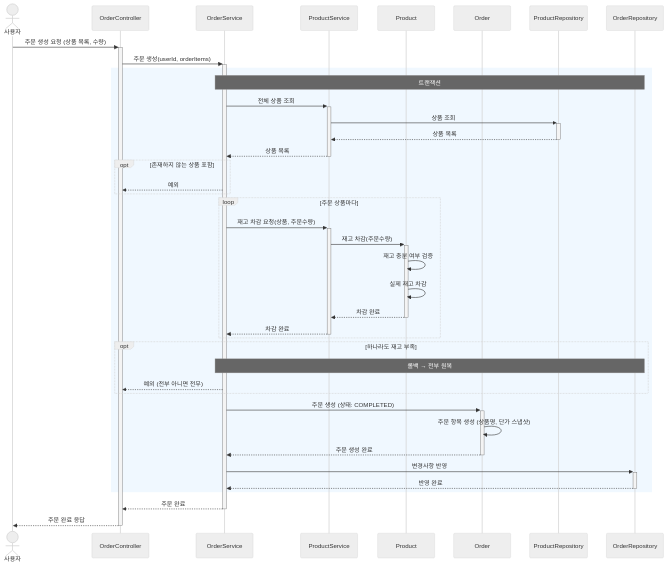
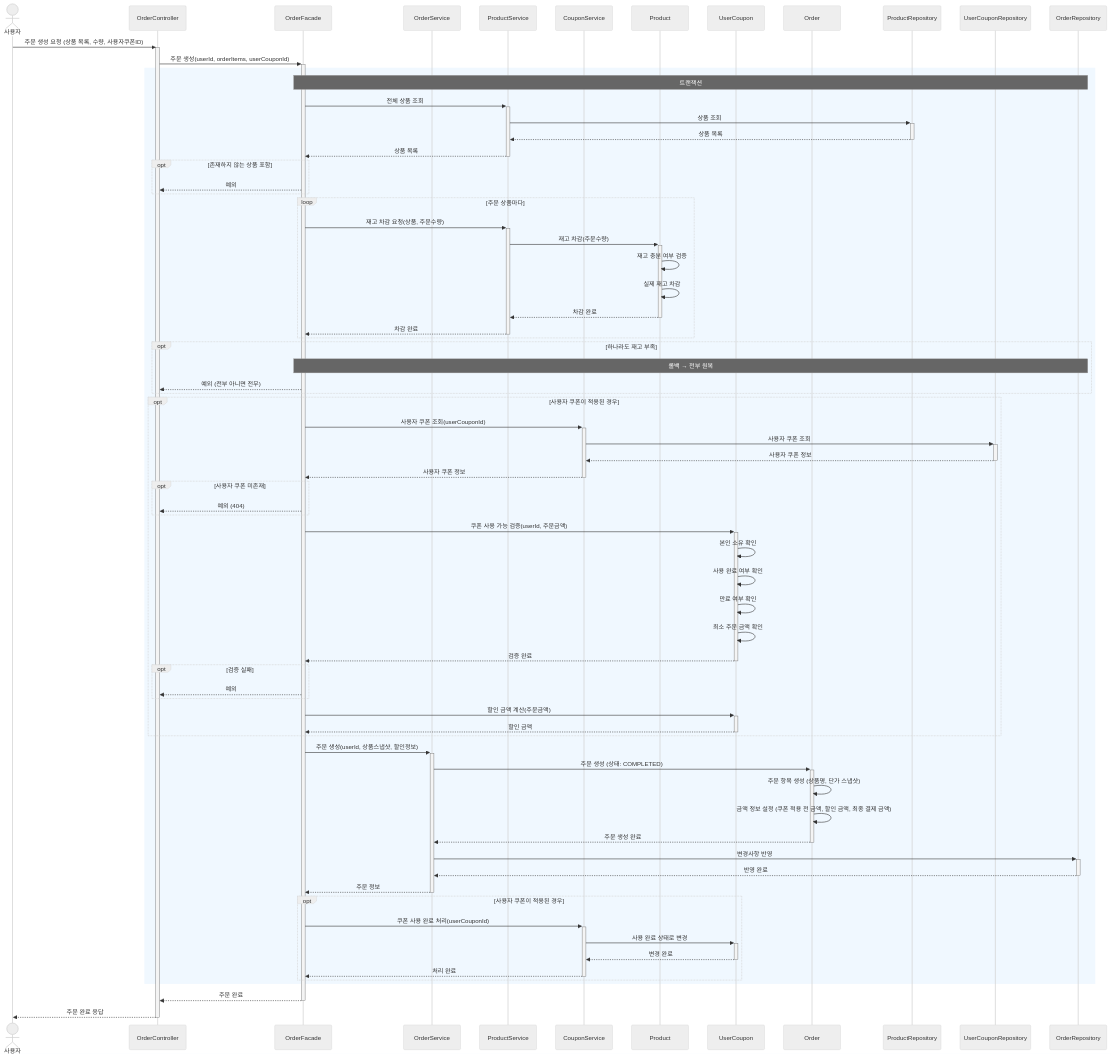
One commit to kimjunyoung90/loop-pack-be-l2-vol3-java changed diagram 18 of 31 in docs/design/02-sequence-diagrams.md. Above: the diagram before and after it, drawn with Mermaid (neutral theme). The commit also changed other lines of this file and 3 other files, not shown here.

````diff
--- a/docs/design/02-sequence-diagrams.md
+++ b/docs/design/02-sequence-diagrams.md
@@ -588,48 +588,87 @@
 sequenceDiagram
     actor User as 사용자
     participant OC as OrderController
+    participant OF as OrderFacade
     participant OS as OrderService
     participant PS as ProductService
+    participant CS as CouponService
     participant P as Product
+    participant UC as UserCoupon
     participant O as Order
     participant PR as ProductRepository
+    participant UCR as UserCouponRepository
     participant OR as OrderRepository
 
-    User->>+OC: 주문 생성 요청 (상품 목록, 수량)
-    OC->>+OS: 주문 생성(userId, orderItems)
+    User->>+OC: 주문 생성 요청 (상품 목록, 수량, 사용자쿠폰ID)
+    OC->>+OF: 주문 생성(userId, orderItems, userCouponId)
 
     rect rgb(240, 248, 255)
-        Note over OS, OR: 트랜잭션
-        OS->>+PS: 전체 상품 조회
+        Note over OF, OR: 트랜잭션
+        OF->>+PS: 전체 상품 조회
         PS->>+PR: 상품 조회
         PR-->>-PS: 상품 목록
-        PS-->>-OS: 상품 목록
+        PS-->>-OF: 상품 목록
 
         opt 존재하지 않는 상품 포함
-            OS-->>OC: 예외
+            OF-->>OC: 예외
         end
 
         loop 주문 상품마다
-            OS->>+PS: 재고 차감 요청(상품, 주문수량)
+            OF->>+PS: 재고 차감 요청(상품, 주문수량)
             PS->>+P: 재고 차감(주문수량)
             P->>P: 재고 충분 여부 검증
             P->>P: 실제 재고 차감
             P-->>-PS: 차감 완료
-            PS-->>-OS: 차감 완료
+            PS-->>-OF: 차감 완료
         end
 
         opt 하나라도 재고 부족
-            Note over OS, OR: 롤백 → 전부 원복
-            OS-->>OC: 예외 (전부 아니면 전무)
+            Note over OF, OR: 롤백 → 전부 원복
+            OF-->>OC: 예외 (전부 아니면 전무)
         end
 
+        opt 사용자 쿠폰이 적용된 경우
+            OF->>+CS: 사용자 쿠폰 조회(userCouponId)
+            CS->>+UCR: 사용자 쿠폰 조회
+            UCR-->>-CS: 사용자 쿠폰 정보
+            CS-->>-OF: 사용자 쿠폰 정보
+
+            opt 사용자 쿠폰 미존재
+                OF-->>OC: 예외 (404)
+            end
+
+            OF->>+UC: 쿠폰 사용 가능 검증(userId, 주문금액)
+            UC->>UC: 본인 소유 확인
+            UC->>UC: 사용 완료 여부 확인
+            UC->>UC: 만료 여부 확인
+            UC->>UC: 최소 주문 금액 확인
+            UC-->>-OF: 검증 완료
+
+            opt 검증 실패
+                OF-->>OC: 예외
+            end
+
+            OF->>+UC: 할인 금액 계산(주문금액)
+            UC-->>-OF: 할인 금액
+        end
+
+        OF->>+OS: 주문 생성(userId, 상품스냅샷, 할인정보)
         OS->>+O: 주문 생성 (상태: COMPLETED)
         O->>O: 주문 항목 생성 (상품명, 단가 스냅샷)
+        O->>O: 금액 정보 설정 (쿠폰 적용 전 금액, 할인 금액, 최종 결제 금액)
         O-->>-OS: 주문 생성 완료
         OS->>+OR: 변경사항 반영
         OR-->>-OS: 반영 완료
+        OS-->>-OF: 주문 정보
+
+        opt 사용자 쿠폰이 적용된 경우
+            OF->>+CS: 쿠폰 사용 완료 처리(userCouponId)
+            CS->>+UC: 사용 완료 상태로 변경
+            UC-->>-CS: 변경 완료
+            CS-->>-OF: 처리 완료
+        end
     end
 
-    OS-->>-OC: 주문 완료
+    OF-->>-OC: 주문 완료
     OC-->>-User: 주문 완료 응답
 ```
````
